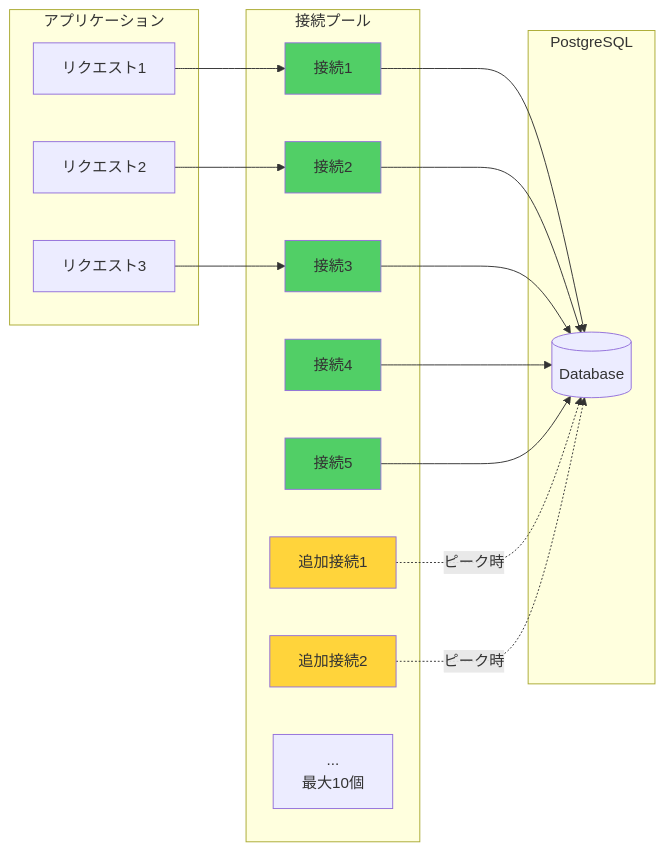
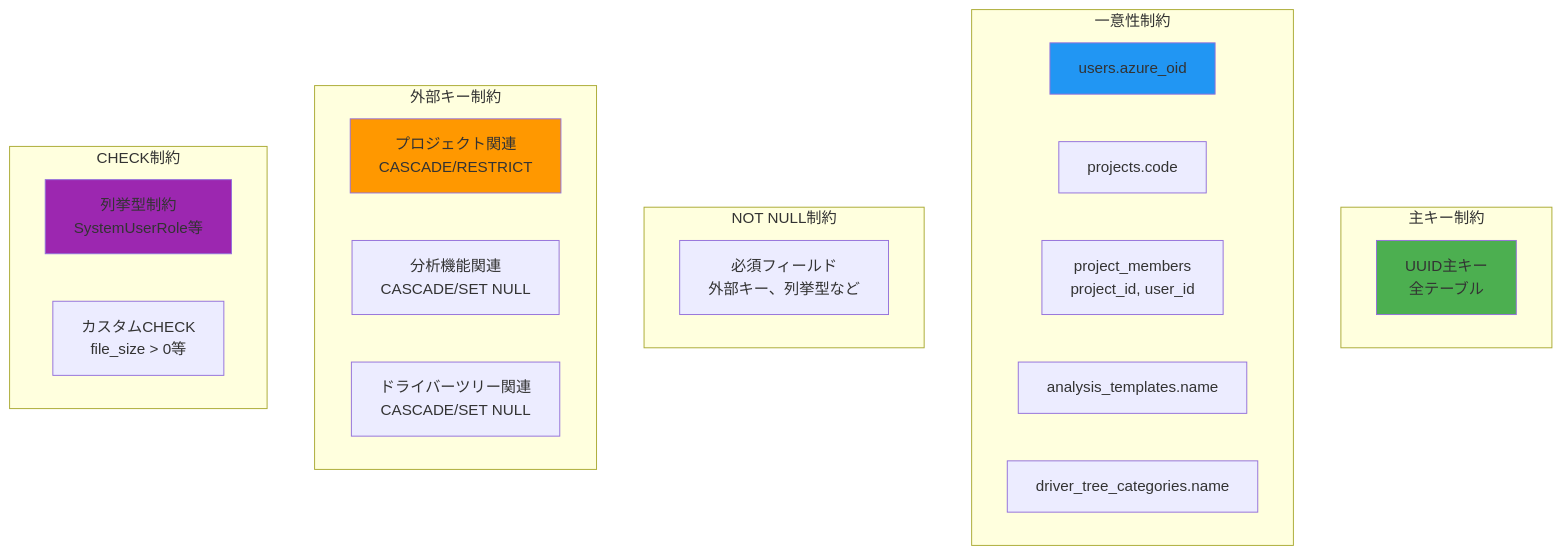
One commit to nomura-koshiro/genai-app-docs changed the seventh of 8 diagrams in docs/specifications/02-database/01-database-design.md. Above: the diagram before and after it, drawn with Mermaid. The commit also changed other lines of this file and 4 other files, not shown here.

First line of the commit message:
docs: markdownlintエラー修正とER図の詳細化

````diff
--- a/docs/specifications/02-database/01-database-design.md
+++ b/docs/specifications/02-database/01-database-design.md
@@ -962,43 +1135,34 @@
 ```mermaid
-graph LR
-    subgraph "アプリケーション"
-        A1[リクエスト1]
-        A2[リクエスト2]
-        A3[リクエスト3]
+graph TB
+    subgraph "主キー制約"
+        PK[UUID主キー<br/>全テーブル]
     end
 
-    subgraph "接続プール"
-        P1[接続1]
-        P2[接続2]
-        P3[接続3]
-        P4[接続4]
-        P5[接続5]
-        O1[追加接続1]
-        O2[追加接続2]
-        O3[...<br/>最大10個]
+    subgraph "一意性制約"
+        UK1[users.azure_oid]
+        UK2[projects.code]
+        UK3[project_members<br/>project_id, user_id]
+        UK4[analysis_templates.name]
+        UK5[driver_tree_categories.name]
     end
 
-    subgraph "PostgreSQL"
-        DB[(Database)]
+    subgraph "NOT NULL制約"
+        NN1[必須フィールド<br/>外部キー、列挙型など]
     end
 
-    A1 --> P1
-    A2 --> P2
-    A3 --> P3
+    subgraph "外部キー制約"
+        FK1[プロジェクト関連<br/>CASCADE/RESTRICT]
+        FK2[分析機能関連<br/>CASCADE/SET NULL]
+        FK3[ドライバーツリー関連<br/>CASCADE/SET NULL]
+    end
 
-    P1 --> DB
-    P2 --> DB
-    P3 --> DB
-    P4 --> DB
-    P5 --> DB
-    O1 -.ピーク時.-> DB
-    O2 -.ピーク時.-> DB
+    subgraph "CHECK制約"
+        CHK1[列挙型制約<br/>SystemUserRole等]
+        CHK2[カスタムCHECK<br/>file_size > 0等]
+    end
 
-    style P1 fill:#51cf66
-    style P2 fill:#51cf66
-    style P3 fill:#51cf66
-    style P4 fill:#51cf66
-    style P5 fill:#51cf66
-    style O1 fill:#ffd43b
-    style O2 fill:#ffd43b
+    style PK fill:#4CAF50
+    style UK1 fill:#2196F3
+    style FK1 fill:#FF9800
+    style CHK1 fill:#9C27B0
 ```
````
